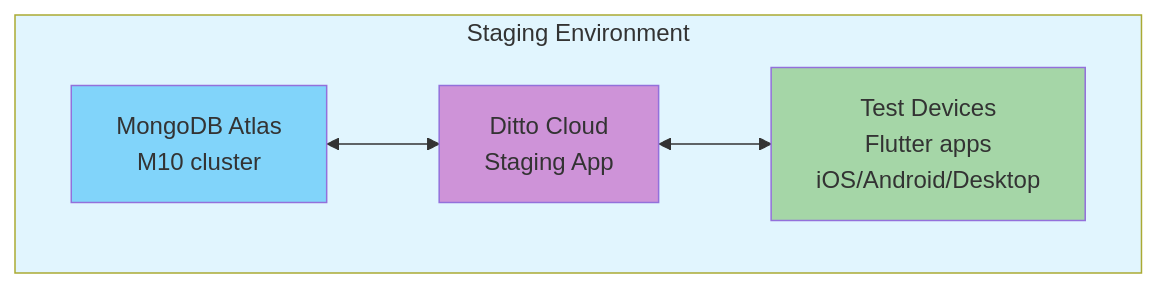
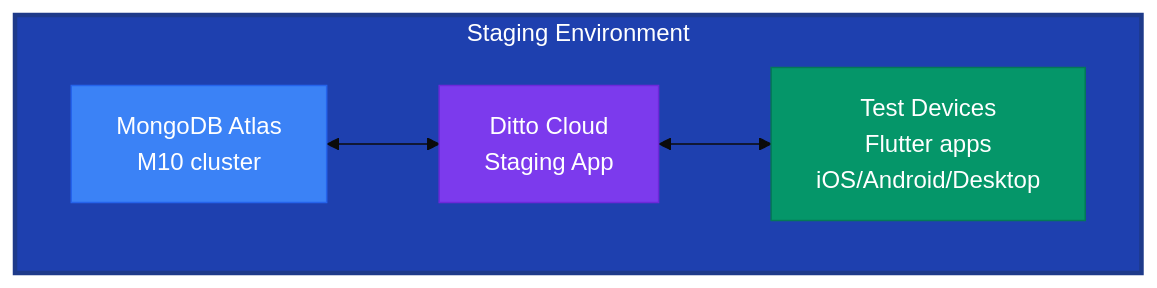
Before and after one commit to ditto-examples/retail-demo-zava-dyi-dataset: the eighth of 9 diagrams in docs/ARCHITECTURE.md, drawn with Mermaid. The commit also changed other lines of this file and 2 other files, not shown here.

Commit message:
feat: fixed diagram rendering colors

````diff
--- a/docs/ARCHITECTURE.md
+++ b/docs/ARCHITECTURE.md
@@ -873,16 +878,17 @@
 ```mermaid
+%%{init: {'theme':'base', 'themeVariables': { 'primaryColor':'#2563eb','primaryTextColor':'#fff','primaryBorderColor':'#1e40af'}}}%%
 graph TB
     subgraph staging["Staging Environment"]
         atlas_stg["MongoDB Atlas<br/>M10 cluster"]
         ditto_stg["Ditto Cloud<br/>Staging App"]
         devices_stg["Test Devices<br/>Flutter apps<br/>iOS/Android/Desktop"]
     end
 
     atlas_stg <--> ditto_stg
     ditto_stg <--> devices_stg
 
-    style staging fill:#e1f5fe
-    style atlas_stg fill:#81d4fa
-    style ditto_stg fill:#ce93d8
-    style devices_stg fill:#a5d6a7
+    style staging fill:#1e40af,stroke:#1e3a8a,stroke-width:3px,color:#fff
+    style atlas_stg fill:#3b82f6,stroke:#2563eb,color:#fff
+    style ditto_stg fill:#7c3aed,stroke:#6d28d9,color:#fff
+    style devices_stg fill:#059669,stroke:#047857,color:#fff
 ```
````
